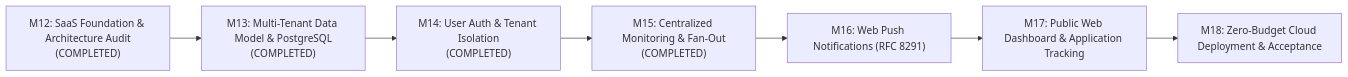
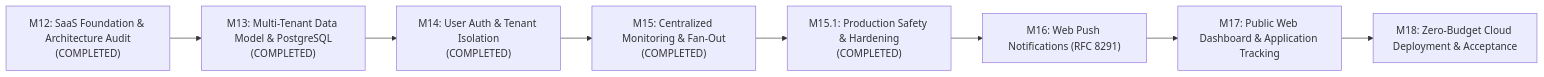
One commit to aadesh-2006/HawkOffer changed the diagram in docs/SAAS_ROADMAP.md. Above: the diagram before and after it, drawn with Mermaid. The commit also changed other lines of this file and 13 other files, not shown here.

Commit message:
feat(security): M15.1 production safety, distributed leases, and monitoring hardening

````diff
--- a/docs/SAAS_ROADMAP.md
+++ b/docs/SAAS_ROADMAP.md
@@ -12,9 +12,10 @@
 ```mermaid
 flowchart LR
     M12["M12: SaaS Foundation & Architecture Audit<br/>(COMPLETED)"] --> M13["M13: Multi-Tenant Data Model & PostgreSQL<br/>(COMPLETED)"]
     M13 --> M14["M14: User Auth & Tenant Isolation<br/>(COMPLETED)"]
     M14 --> M15["M15: Centralized Monitoring & Fan-Out<br/>(COMPLETED)"]
-    M15 --> M16["M16: Web Push Notifications (RFC 8291)"]
+    M15 --> M15_1["M15.1: Production Safety & Hardening<br/>(COMPLETED)"]
+    M15_1 --> M16["M16: Web Push Notifications (RFC 8291)"]
     M16 --> M17["M17: Public Web Dashboard & Application Tracking"]
     M17 --> M18["M18: Zero-Budget Cloud Deployment & Acceptance"]
 ```
````
